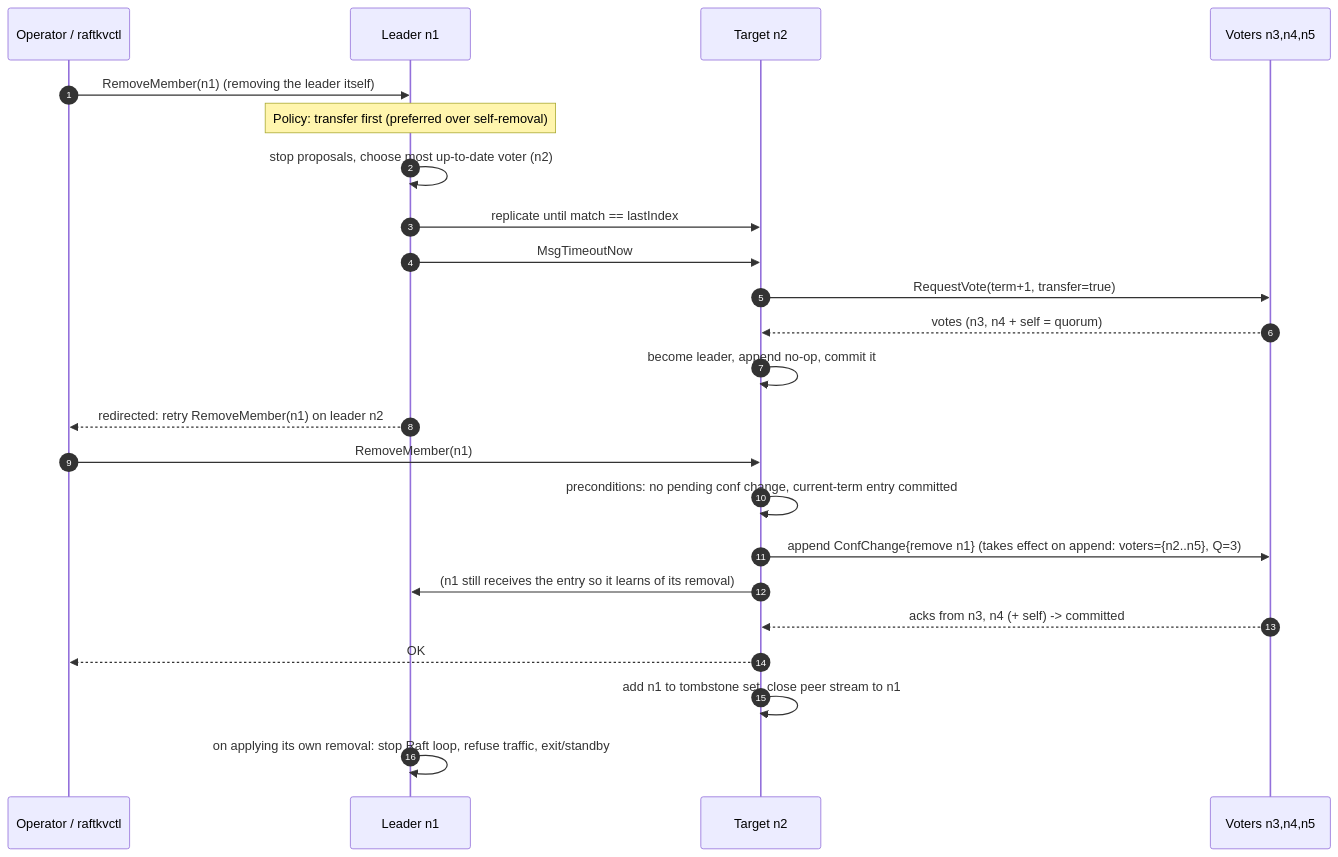
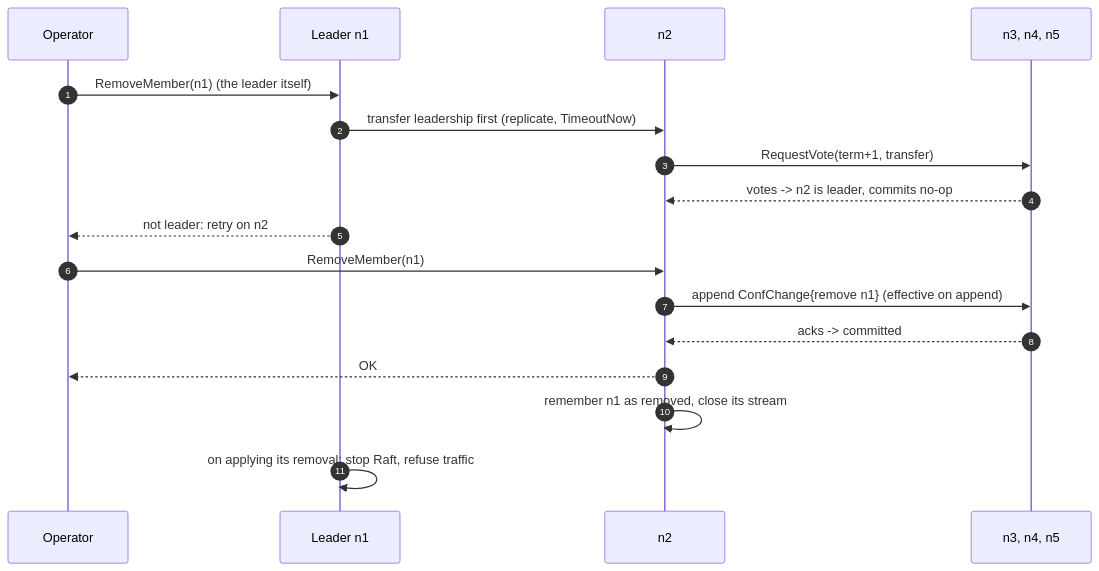
One commit to bibekgupta3333/raftkv-distributed-store changed the fifth of 5 diagrams in docs/system-design.md. Above: the diagram before and after it, drawn with Mermaid. The commit also changed other lines of this file and 3 other files, not shown here.

First line of the commit message:
docs: simplify architecture, system, API and storage design

````diff
--- a/docs/system-design.md
+++ b/docs/system-design.md
@@ -432,26 +352,20 @@
 ```mermaid
 sequenceDiagram
     autonumber
-    participant Op as Operator / raftkvctl
+    participant Op as Operator
     participant L as Leader n1
-    participant T as Target n2
-    participant V as Voters n3,n4,n5
+    participant T as n2
+    participant V as n3, n4, n5
 
-    Op->>L: RemoveMember(n1)  (removing the leader itself)
-    Note over L: Policy: transfer first (preferred over self-removal)
-    L->>L: stop proposals, choose most up-to-date voter (n2)
-    L->>T: replicate until match == lastIndex
-    L->>T: MsgTimeoutNow
-    T->>V: RequestVote(term+1, transfer=true)
-    V-->>T: votes (n3, n4 + self = quorum)
-    T->>T: become leader, append no-op, commit it
-    L-->>Op: redirected: retry RemoveMember(n1) on leader n2
+    Op->>L: RemoveMember(n1)  (the leader itself)
+    L->>T: transfer leadership first (replicate, TimeoutNow)
+    T->>V: RequestVote(term+1, transfer)
+    V-->>T: votes -> n2 is leader, commits no-op
+    L-->>Op: not leader: retry on n2
     Op->>T: RemoveMember(n1)
-    T->>T: preconditions: no pending conf change, current-term entry committed
-    T->>V: append ConfChange{remove n1} (takes effect on append: voters={n2..n5}, Q=3)
-    T->>L: (n1 still receives the entry so it learns of its removal)
-    V-->>T: acks from n3, n4 (+ self) -> committed
+    T->>V: append ConfChange{remove n1} (effective on append)
+    V-->>T: acks -> committed
     T-->>Op: OK
-    T->>T: add n1 to tombstone set, close peer stream to n1
-    L->>L: on applying its own removal: stop Raft loop, refuse traffic, exit/standby
+    T->>T: remember n1 as removed, close its stream
+    L->>L: on applying its removal: stop Raft, refuse traffic
 ```
````
